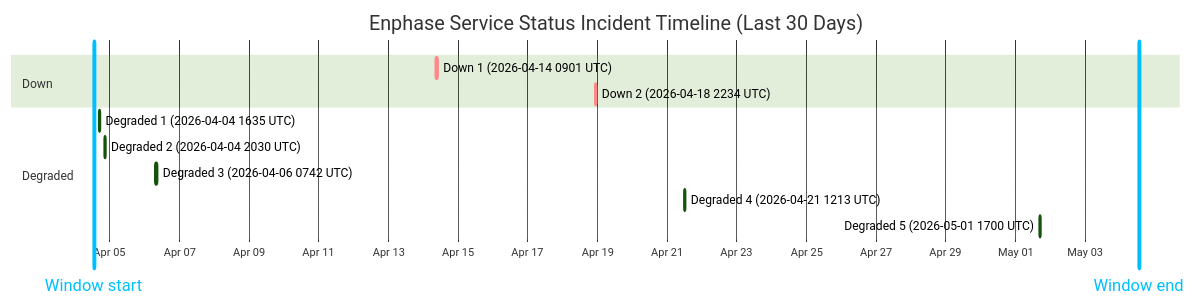
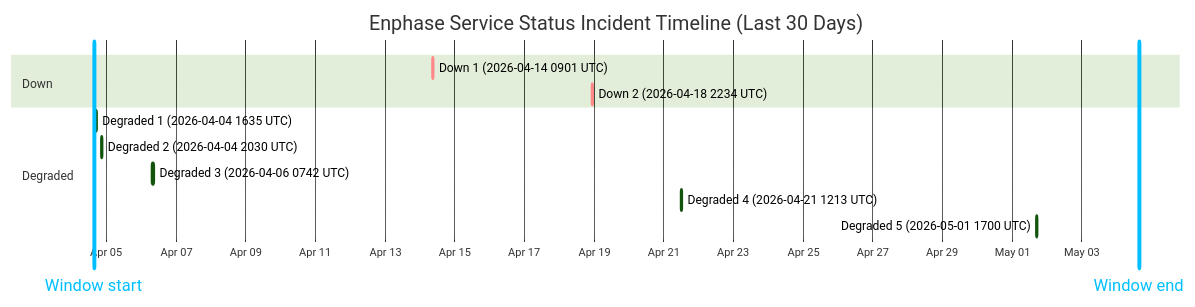
The diagram in wiki/Service-Status-History.md (barneyonline/ha-enphase-ev-charger), drawn with Mermaid (forest theme) before and after one commit. The commit also changed other lines of this file and 3 other files, not shown here.

````diff
--- a/wiki/Service-Status-History.md
+++ b/wiki/Service-Status-History.md
@@ -14,17 +14,17 @@
 ```mermaid
 gantt
     title Enphase Service Status Incident Timeline (Last 30 Days)
     dateFormat  YYYY-MM-DDTHH:mm:ss
     axisFormat  %b %d
-    Window start :vert, window-start, 2026-04-04T13:06:51, 0ms
-    Window end :vert, window-end, 2026-05-04T13:06:51, 0ms
+    Window start :vert, window-start, 2026-04-04T15:29:20, 0ms
+    Window end :vert, window-end, 2026-05-04T15:29:20, 0ms
     section Down
     Down 1 (2026-04-14 0901 UTC) :crit, down-1, 2026-04-14T09:01:13, 60m
     Down 2 (2026-04-18 2234 UTC) :crit, down-2, 2026-04-18T22:34:13, 60m
     section Degraded
     Degraded 1 (2026-04-04 1635 UTC) :active, degraded-1, 2026-04-04T16:35:17, 60m
     Degraded 2 (2026-04-04 2030 UTC) :active, degraded-2, 2026-04-04T20:30:40, 60m
     Degraded 3 (2026-04-06 0742 UTC) :active, degraded-3, 2026-04-06T07:42:09, 85m
     Degraded 4 (2026-04-21 1213 UTC) :active, degraded-4, 2026-04-21T12:13:11, 60m
     Degraded 5 (2026-05-01 1700 UTC) :active, degraded-5, 2026-05-01T17:00:22, 60m
 ```
````
